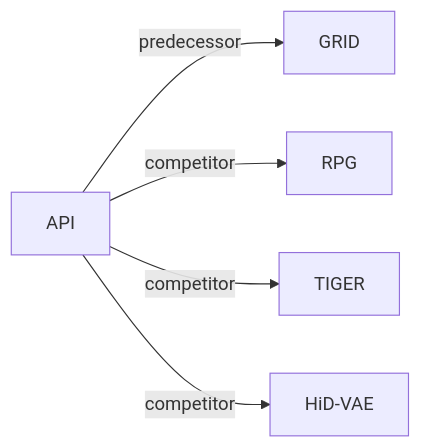
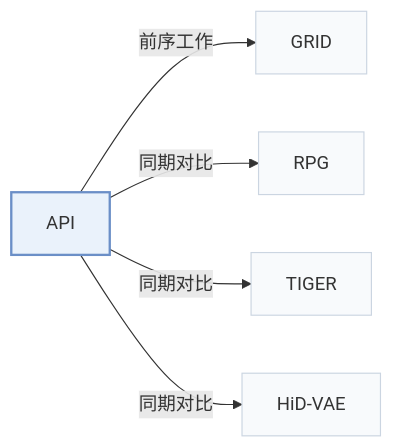
Before and after one commit to Galaxy-ghost/Awesome-SID-Generative-Rec: the second of 2 diagrams in pages/zh/papers/api.md, drawn with Mermaid. The commit also changed other lines of this file and 649 other files, not shown here.

Commit message:
writer-05: also tags and modality index (schema, check, build, visuals); summary field removed; calibration data for 12 papers

````diff
--- a/pages/zh/papers/api.md
+++ b/pages/zh/papers/api.md
@@ -69,8 +74,12 @@
 ```mermaid
 flowchart LR
     P["API"]
-    P -->|predecessor| A["GRID"]
-    P -->|competitor| B["RPG"]
-    P -->|competitor| C["TIGER"]
-    P -->|competitor| D["HiD-VAE"]
+    P -->|"前序工作"| A["GRID"]
+    P -->|"同期对比"| B["RPG"]
+    P -->|"同期对比"| C["TIGER"]
+    P -->|"同期对比"| D["HiD-VAE"]
+    classDef main fill:#eaf2fb,stroke:#6b8fc7,stroke-width:2px
+    classDef peer fill:#f8fafc,stroke:#cbd5e1
+    class P main
+    class A,B,C,D peer
 ```
````
